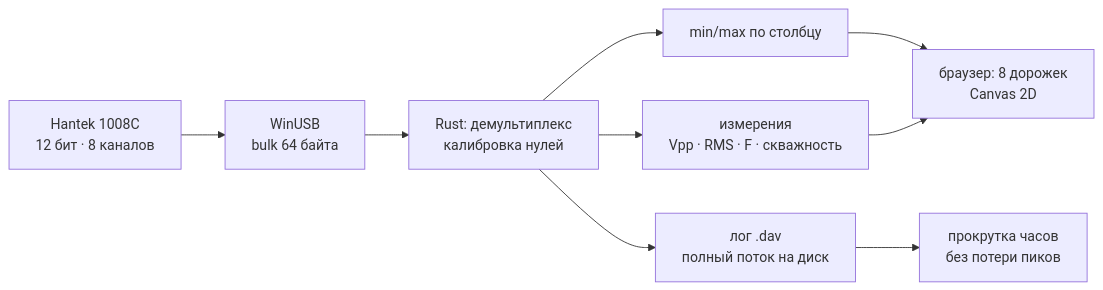
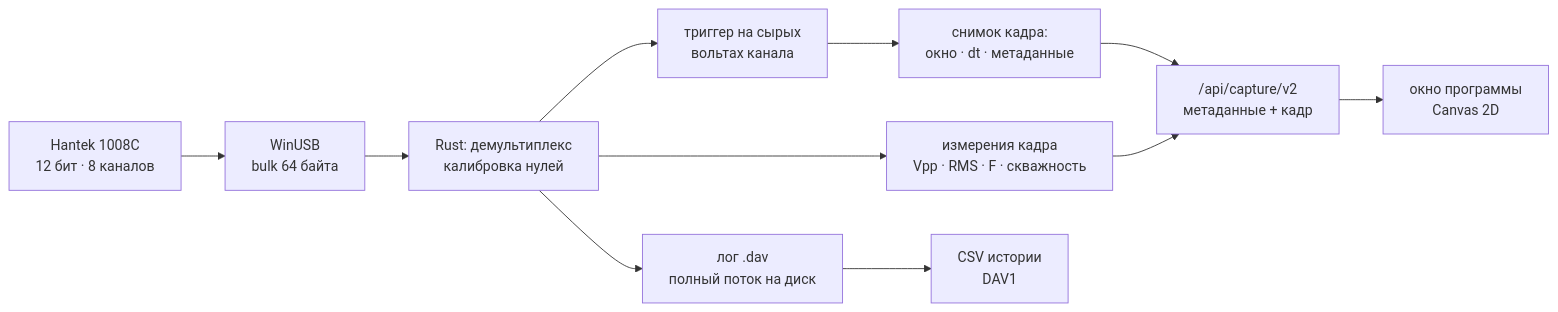
Before and after one commit to Ydjin1984/hantek-da-vinci: the first of 3 diagrams in README.md, drawn with Mermaid. The commit also changed other lines of this file and 31 other files, not shown here.

First line of the commit message:
Триггер по сырым отсчётам, удержание кадра, шкалы и курсоры

````diff
--- a/README.md
+++ b/README.md
@@ -16,11 +22,13 @@
 ```mermaid
 flowchart LR
     A["Hantek 1008C<br/>12 бит · 8 каналов"] --> B["WinUSB<br/>bulk 64 байта"]
     B --> C["Rust: демультиплекс<br/>калибровка нулей"]
-    C --> D["min/max по столбцу"]
-    C --> E["измерения<br/>Vpp · RMS · F · скважность"]
-    C --> F["лог .dav<br/>полный поток на диск"]
-    D --> G["браузер: 8 дорожек<br/>Canvas 2D"]
-    E --> G
-    F --> H["прокрутка часов<br/>без потери пиков"]
+    C --> D["триггер на сырых<br/>вольтах канала"]
+    D --> E["снимок кадра:<br/>окно · dt · метаданные"]
+    C --> F["измерения кадра<br/>Vpp · RMS · F · скважность"]
+    C --> G["лог .dav<br/>полный поток на диск"]
+    E --> H["/api/capture/v2<br/>метаданные + кадр"]
+    F --> H
+    H --> I["окно программы<br/>Canvas 2D"]
+    G --> J["CSV истории<br/>DAV1"]
 ```
````
